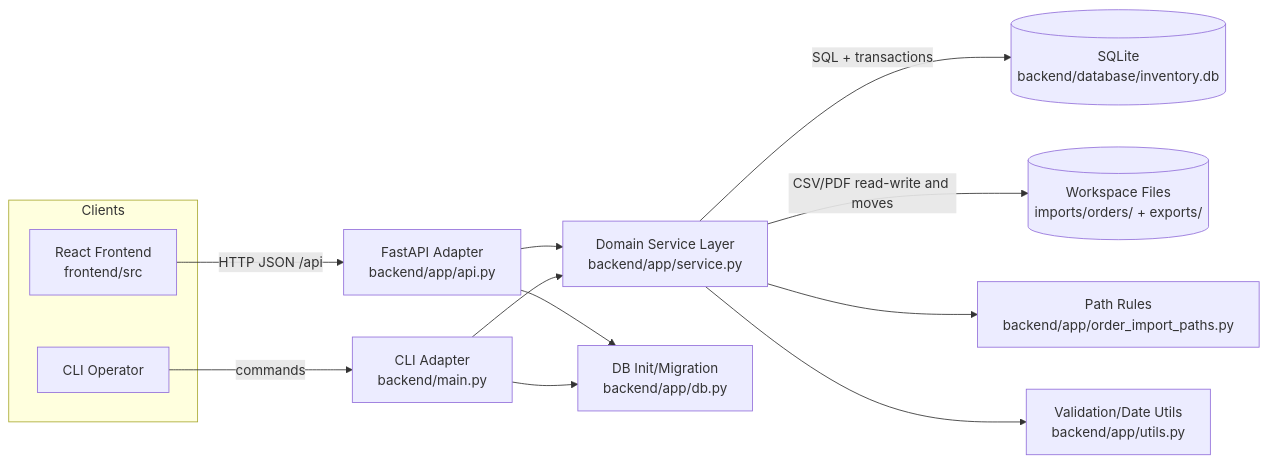
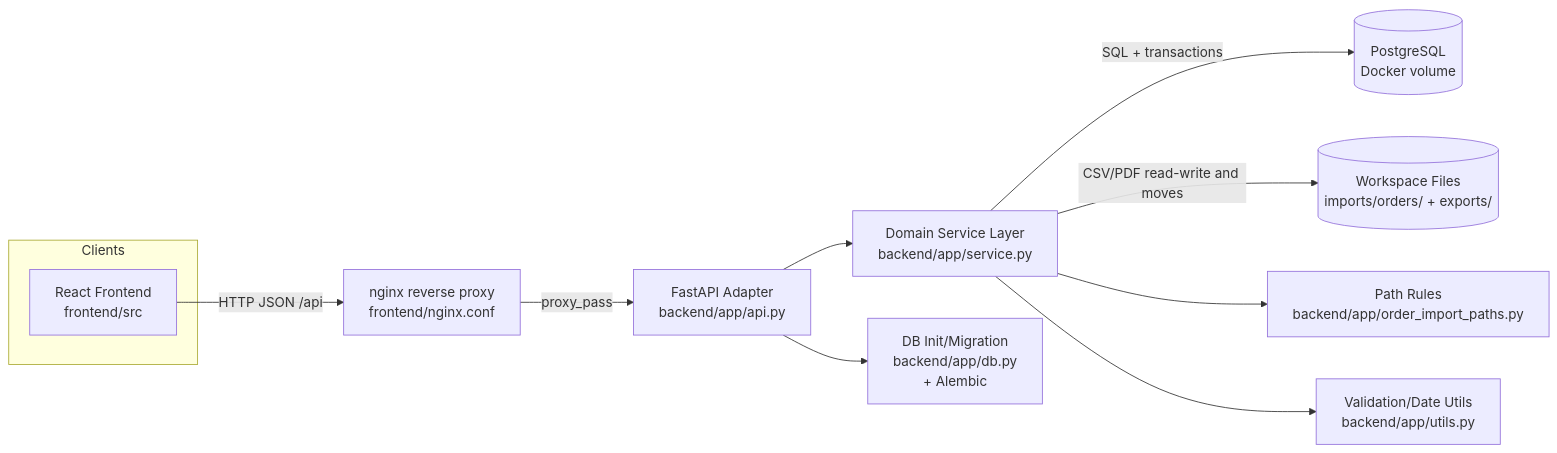
The first of 3 diagrams in documents/technical_documentation.md (Kenshin-Isogai/materials_management-shared_version-), drawn with Mermaid before and after one commit. The commit also changed other lines of this file and 8 other files, not shown here.

````diff
--- a/documents/technical_documentation.md
+++ b/documents/technical_documentation.md
@@ -103,21 +97,18 @@
 ```mermaid
 flowchart LR
     subgraph Clients
         FE[React Frontend\nfrontend/src]
-        CLIUser[CLI Operator]
     end
 
-    FE -->|HTTP JSON /api| API[FastAPI Adapter\nbackend/app/api.py]
-    CLIUser -->|commands| CLI[CLI Adapter\nbackend/main.py]
+    FE -->|HTTP JSON /api| NGINX[nginx reverse proxy\nfrontend/nginx.conf]
+    NGINX -->|proxy_pass| API[FastAPI Adapter\nbackend/app/api.py]
 
     API --> SVC[Domain Service Layer\nbackend/app/service.py]
-    CLI --> SVC
 
-    API --> DBINIT[DB Init/Migration\nbackend/app/db.py]
-    CLI --> DBINIT
+    API --> DBINIT[DB Init/Migration\nbackend/app/db.py\n+ Alembic]
 
-    SVC -->|SQL + transactions| DB[(SQLite\nbackend/database/inventory.db)]
+    SVC -->|SQL + transactions| DB[(PostgreSQL\nDocker volume)]
     SVC -->|CSV/PDF read-write and moves| FS[(Workspace Files\nimports/orders/ + exports/)]
     SVC --> QPATHS[Path Rules\nbackend/app/order_import_paths.py]
     SVC --> UTILS[Validation/Date Utils\nbackend/app/utils.py]
 ```
````
